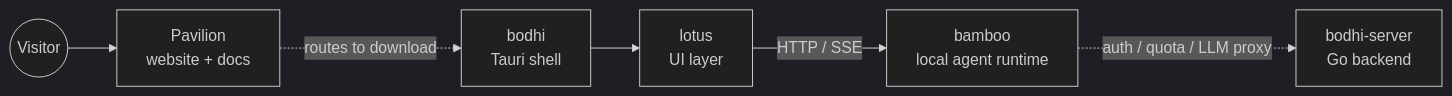
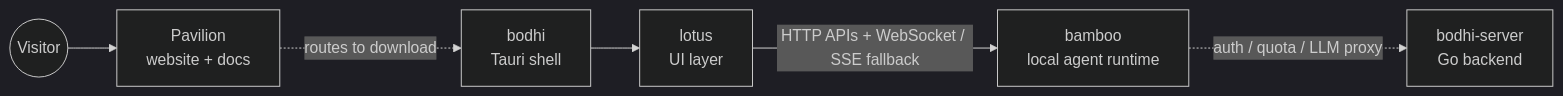
The diagram in README.md (bigduu/Pavilion), drawn with Mermaid (dark theme) before and after one commit. The commit also changed other lines of this file and 1 other file, not shown here.

````diff
--- a/README.md
+++ b/README.md
@@ -53,8 +53,8 @@
 ```mermaid
 flowchart LR
   Visitor((Visitor)) --> Pavilion[Pavilion\nwebsite + docs]
   Pavilion -. routes to download .-> Bodhi[bodhi\nTauri shell]
   Bodhi --> Lotus[lotus\nUI layer]
-  Lotus -- HTTP / SSE --> Bamboo[bamboo\nlocal agent runtime]
+  Lotus -- HTTP APIs + WebSocket / SSE fallback --> Bamboo[bamboo\nlocal agent runtime]
   Bamboo -. auth / quota / LLM proxy .-> BodhiServer[bodhi-server\nGo backend]
 ```
````
